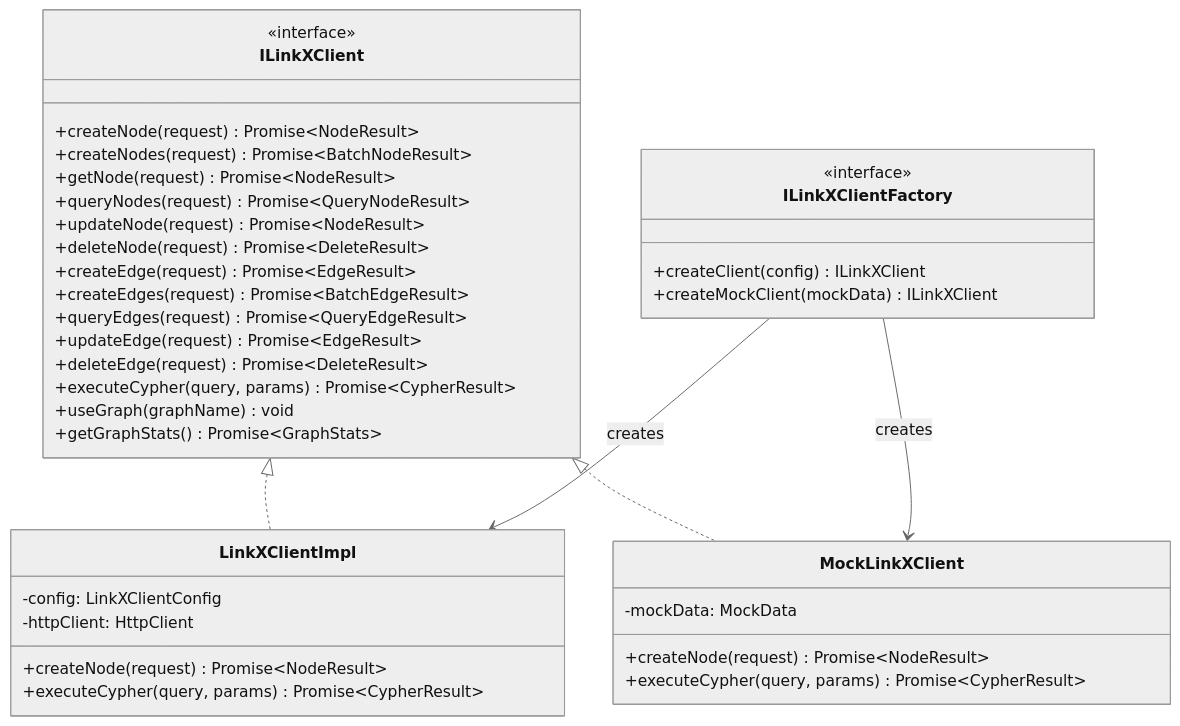
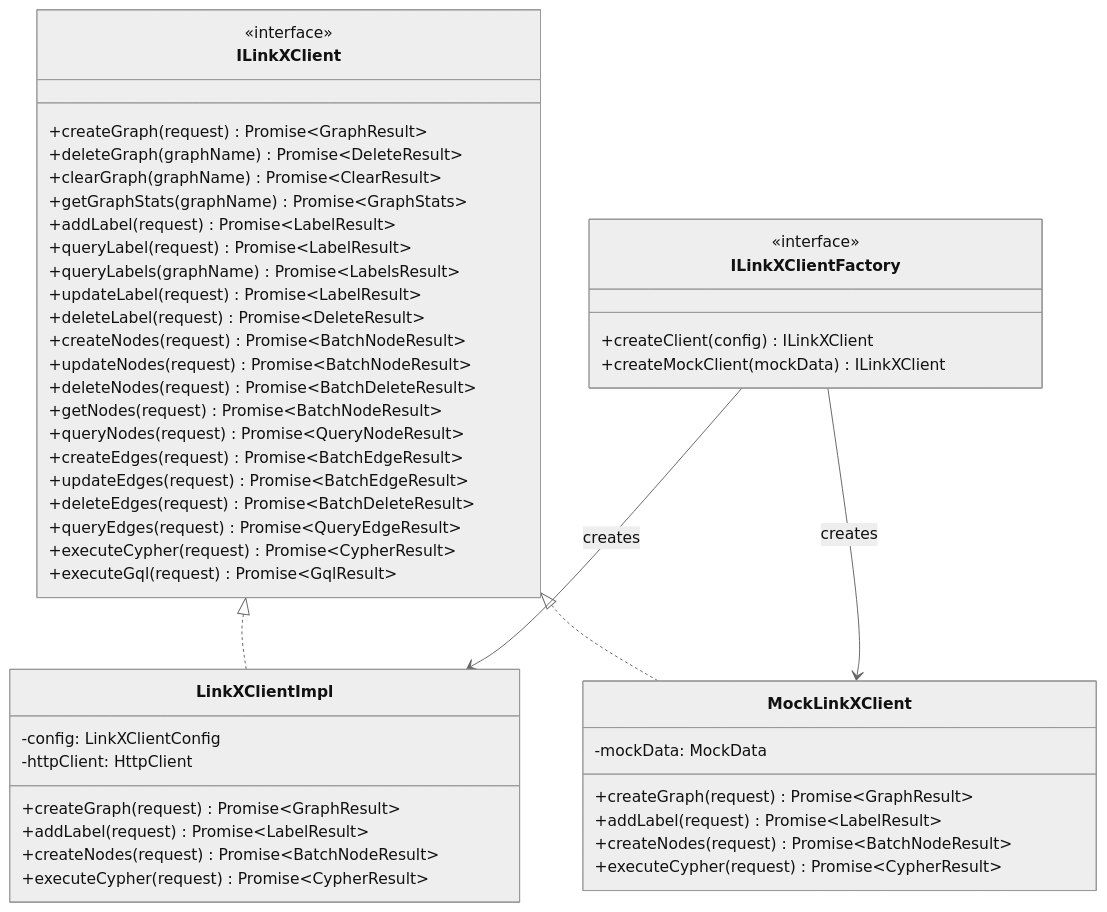
One commit to goflyboy/digitalproduct changed the third of 13 diagrams in docs/数字产品系统架构设计说明书.md. Above: the diagram before and after it, drawn with Mermaid (neutral theme). The commit also changed other lines of this file and 3 other files, not shown here.

````diff
--- a/docs/数字产品系统架构设计说明书.md
+++ b/docs/数字产品系统架构设计说明书.md
@@ -1596,44 +2009,54 @@
 ```mermaid
 classDiagram
     class ILinkXClient {
         <<interface>>
-        +createNode(request) Promise~NodeResult~
+        +createGraph(request) Promise~GraphResult~
+        +deleteGraph(graphName) Promise~DeleteResult~
+        +clearGraph(graphName) Promise~ClearResult~
+        +getGraphStats(graphName) Promise~GraphStats~
+        +addLabel(request) Promise~LabelResult~
+        +queryLabel(request) Promise~LabelResult~
+        +queryLabels(graphName) Promise~LabelsResult~
+        +updateLabel(request) Promise~LabelResult~
+        +deleteLabel(request) Promise~DeleteResult~
         +createNodes(request) Promise~BatchNodeResult~
-        +getNode(request) Promise~NodeResult~
+        +updateNodes(request) Promise~BatchNodeResult~
+        +deleteNodes(request) Promise~BatchDeleteResult~
+        +getNodes(request) Promise~BatchNodeResult~
         +queryNodes(request) Promise~QueryNodeResult~
-        +updateNode(request) Promise~NodeResult~
-        +deleteNode(request) Promise~DeleteResult~
-        +createEdge(request) Promise~EdgeResult~
         +createEdges(request) Promise~BatchEdgeResult~
+        +updateEdges(request) Promise~BatchEdgeResult~
+        +deleteEdges(request) Promise~BatchDeleteResult~
         +queryEdges(request) Promise~QueryEdgeResult~
-        +updateEdge(request) Promise~EdgeResult~
-        +deleteEdge(request) Promise~DeleteResult~
-        +executeCypher(query, params) Promise~CypherResult~
-        +useGraph(graphName) void
-        +getGraphStats() Promise~GraphStats~
+        +executeCypher(request) Promise~CypherResult~
+        +executeGql(request) Promise~GqlResult~
     }
 
     class LinkXClientImpl {
         -config: LinkXClientConfig
         -httpClient: HttpClient
-        +createNode(request) Promise~NodeResult~
-        +executeCypher(query, params) Promise~CypherResult~
+        +createGraph(request) Promise~GraphResult~
+        +addLabel(request) Promise~LabelResult~
+        +createNodes(request) Promise~BatchNodeResult~
+        +executeCypher(request) Promise~CypherResult~
     }
 
     class MockLinkXClient {
         -mockData: MockData
-        +createNode(request) Promise~NodeResult~
-        +executeCypher(query, params) Promise~CypherResult~
+        +createGraph(request) Promise~GraphResult~
+        +addLabel(request) Promise~LabelResult~
+        +createNodes(request) Promise~BatchNodeResult~
+        +executeCypher(request) Promise~CypherResult~
     }
 
     class ILinkXClientFactory {
         <<interface>>
         +createClient(config) ILinkXClient
         +createMockClient(mockData) ILinkXClient
     }
 
     ILinkXClient <|.. LinkXClientImpl
     ILinkXClient <|.. MockLinkXClient
     ILinkXClientFactory --> LinkXClientImpl : creates
     ILinkXClientFactory --> MockLinkXClient : creates
 ```
````
